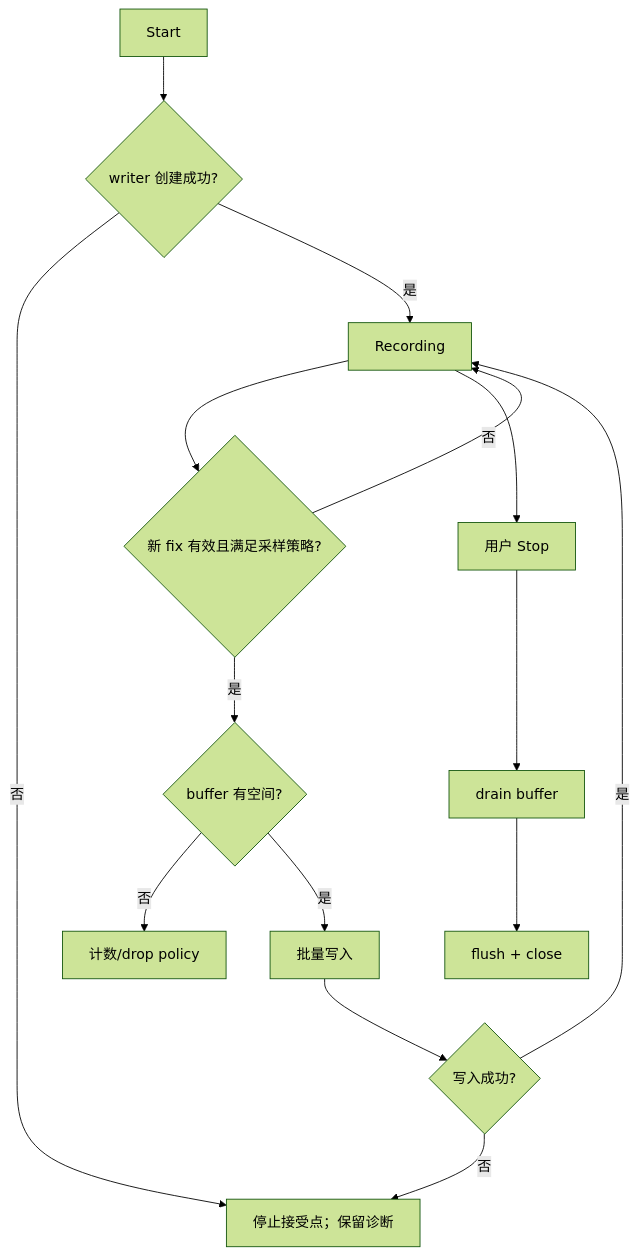
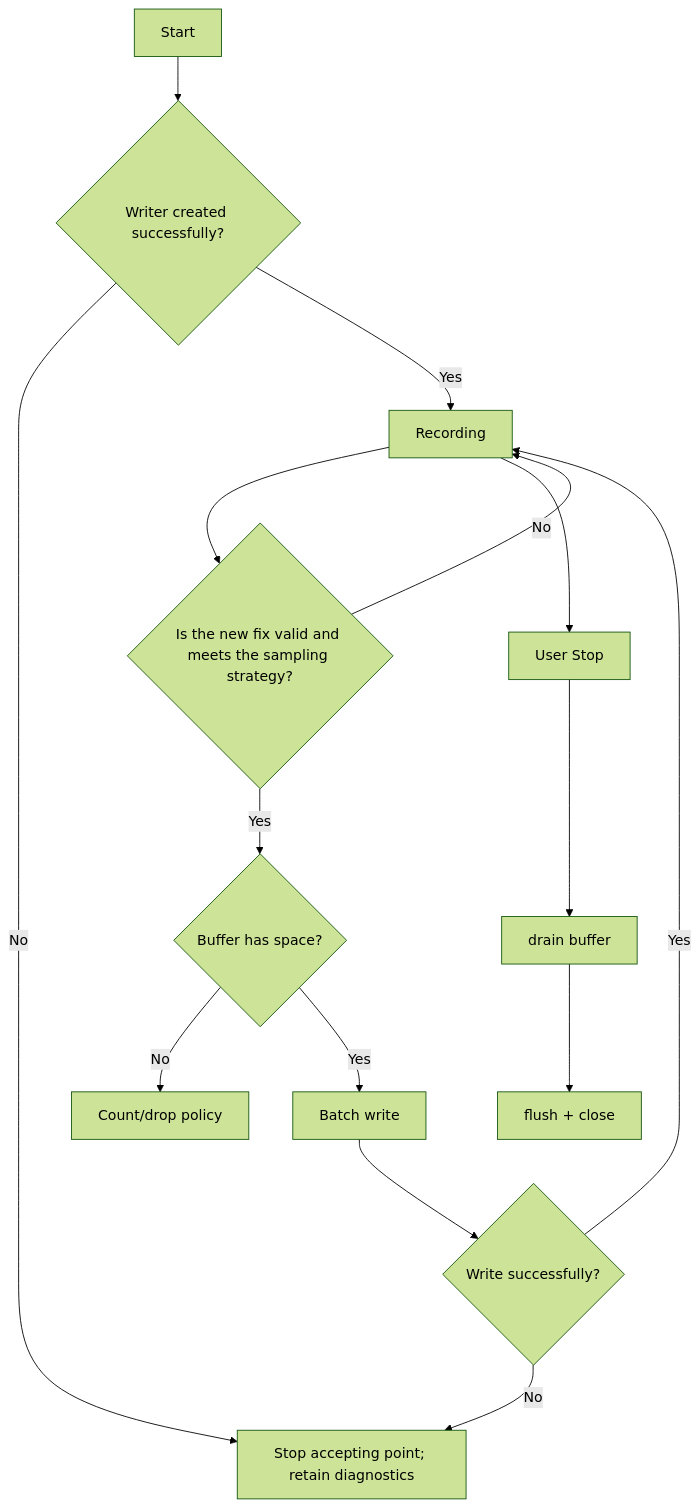
The diagram in docs/design/use-case-diagrams/record-follow-route/activity.md (manmuqingshan/trail-mate), drawn with Mermaid (forest theme) before and after one commit. The commit also changed other lines of this file and 527 other files, not shown here.

````diff
--- a/docs/design/use-case-diagrams/record-follow-route/activity.md
+++ b/docs/design/use-case-diagrams/record-follow-route/activity.md
@@ -2,17 +2,17 @@
 ```mermaid
 flowchart TD
-  Start --> Open{"writer 创建成功?"}
-  Open -- 否 --> Error
-  Open -- 是 --> Recording
-  Recording --> Fix{"新 fix 有效且满足采样策略?"}
-  Fix -- 否 --> Recording
-  Fix -- 是 --> Buffer{"buffer 有空间?"}
-  Buffer -- 否 --> Drop["计数/drop policy"]
-  Buffer -- 是 --> Worker["批量写入"]
-  Worker --> Write{"写入成功?"}
-  Write -- 否 --> Error["停止接受点；保留诊断"]
-  Write -- 是 --> Recording
-  Recording --> Stop["用户 Stop"]
+ Start --> Open{"Writer created successfully?"}
+ Open -- No --> Error
+ Open -- Yes --> Recording
+ Recording --> Fix{"Is the new fix valid and meets the sampling strategy?"}
+ Fix -- No --> Recording
+ Fix -- Yes --> Buffer{"Buffer has space?"}
+ Buffer -- No --> Drop["Count/drop policy"]
+ Buffer -- Yes --> Worker["Batch write"]
+ Worker --> Write{"Write successfully?"}
+ Write -- No --> Error["Stop accepting point; retain diagnostics"]
+ Write -- Yes --> Recording
+ Recording --> Stop["User Stop"]
   Stop --> Drain["drain buffer"]
   Drain --> Close["flush + close"]
 ```
````
